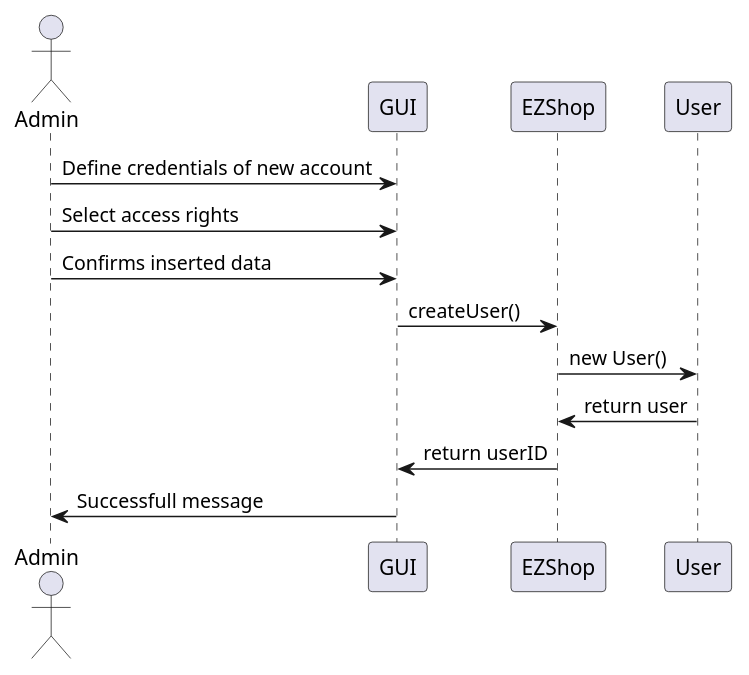
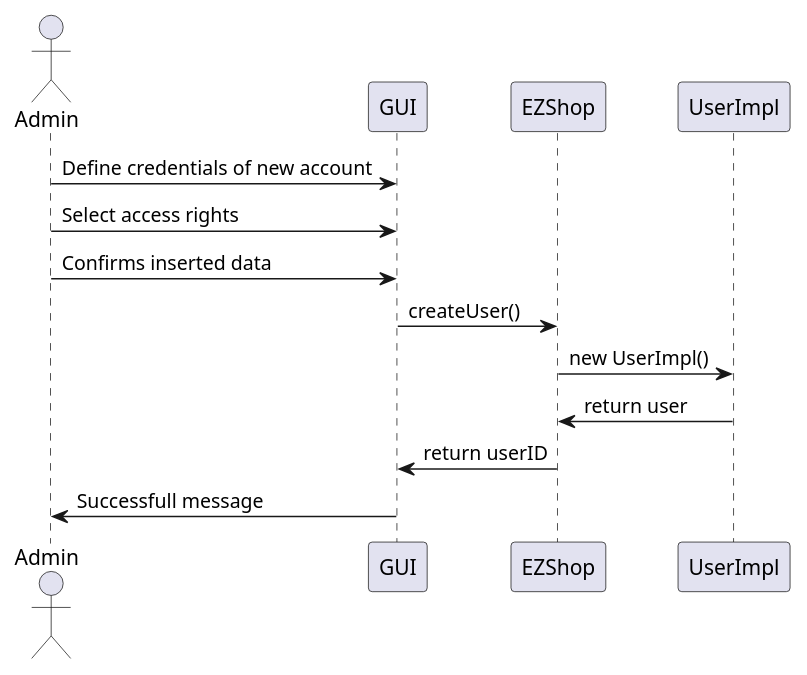
One commit to ThePiromaximus/ezshop changed the seventh of 19 diagrams in Deliverables/DesignDocument.md. Above: the diagram before and after it, drawn with PlantUML. The commit also changed other lines of this file, not shown here.

````diff
--- a/Deliverables/DesignDocument.md
+++ b/Deliverables/DesignDocument.md
@@ -344,13 +344,13 @@
 ```plantuml
 @startuml
 actor Admin
 Admin -> GUI : Define credentials of new account
 Admin -> GUI : Select access rights
 Admin -> GUI : Confirms inserted data
 GUI -> EZShop : createUser()
-EZShop -> User : new User()
-User -> EZShop : return user
+EZShop -> UserImpl : new UserImpl()
+UserImpl -> EZShop : return user
 EZShop -> GUI : return userID
 GUI -> Admin : Successfull message
 @enduml
 ```
````
